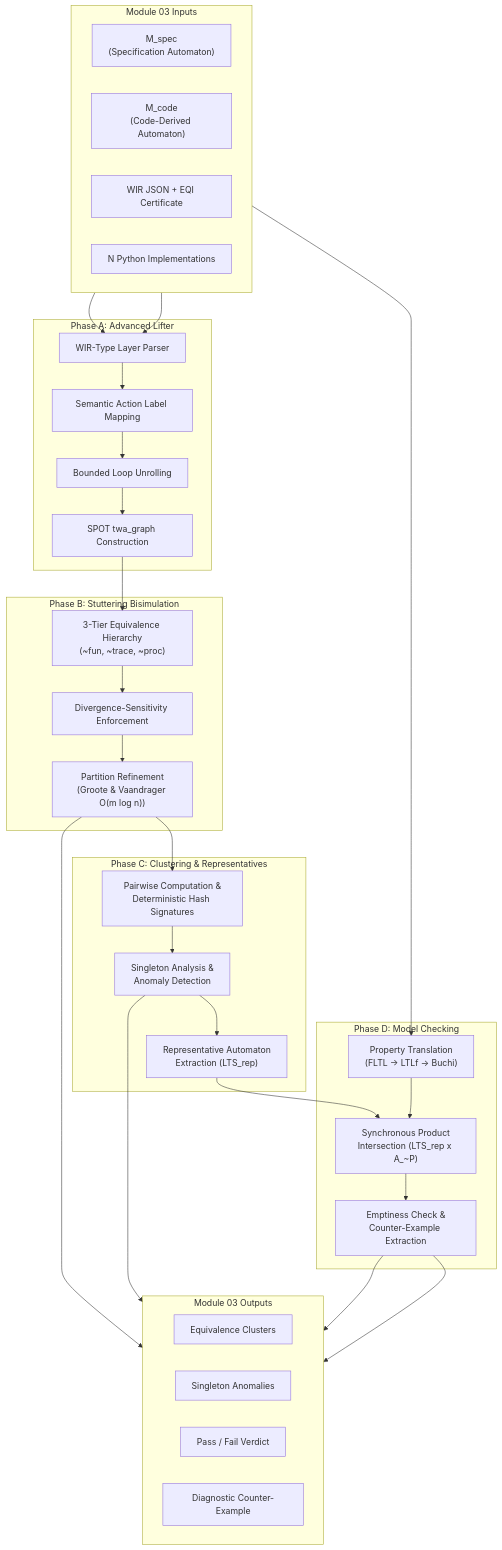
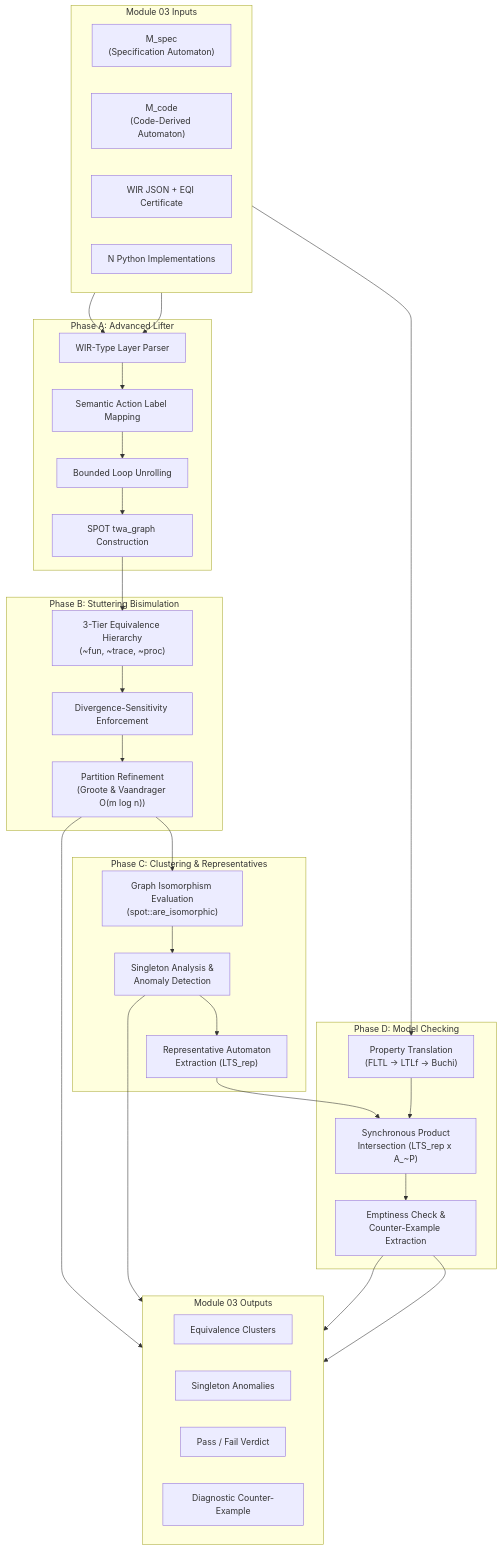
One commit to FYP-Epsilon/Vibe-Check changed the first of 6 diagrams in docs/module_summery/Module_03_Equivalence_Engine.md. Above: the diagram before and after it, drawn with Mermaid. The commit also changed other lines of this file and 3 other files, not shown here.

````diff
--- a/docs/module_summery/Module_03_Equivalence_Engine.md
+++ b/docs/module_summery/Module_03_Equivalence_Engine.md
@@ -64,55 +68,56 @@
 ```mermaid
 flowchart TB
     subgraph INPUTS["Module 03 Inputs"]
         direction LR
         MSPEC["M_spec<br/>(Specification Automaton)"]
         MCODE["M_code<br/>(Code-Derived Automaton)"]
         WIR["WIR JSON + EQI Certificate"]
         IMPLS["N Python Implementations"]
     end
 
     subgraph PHASE_A["Phase A: Advanced Lifter"]
         A1["WIR-Type Layer Parser"]
         A2["Semantic Action Label Mapping"]
         A3["Bounded Loop Unrolling"]
         A4["SPOT twa_graph Construction"]
     end
 
     subgraph PHASE_B["Phase B: Stuttering Bisimulation"]
         B1["3-Tier Equivalence Hierarchy<br/>(~fun, ~trace, ~proc)"]
         B2["Divergence-Sensitivity Enforcement"]
         B3["Partition Refinement<br/>(Groote & Vaandrager O(m log n))"]
     end
 
     subgraph PHASE_C["Phase C: Clustering & Representatives"]
-        C1["Pairwise Computation &<br/>Deterministic Hash Signatures"]
+        C1["Graph Isomorphism Evaluation<br/>(spot::are_isomorphic)"]
         C2["Singleton Analysis &<br/>Anomaly Detection"]
         C3["Representative Automaton<br/>Extraction (LTS_rep)"]
     end
 
     subgraph PHASE_D["Phase D: Model Checking"]
         D1["Property Translation<br/>(FLTL → LTLf → Buchi)"]
         D2["Synchronous Product<br/>Intersection (LTS_rep x A_~P)"]
         D3["Emptiness Check &<br/>Counter-Example Extraction"]
     end
 
     subgraph OUTPUTS["Module 03 Outputs"]
         direction LR
         CLUSTERS["Equivalence Clusters"]
         SINGLES["Singleton Anomalies"]
         VERDICT["Pass / Fail Verdict"]
         DIAG["Diagnostic Counter-Example"]
     end
 
     WIR --> A1 --> A2 --> A3 --> A4
     IMPLS --> A1
     A4 --> B1 --> B2 --> B3
     B3 --> C1 --> C2 --> C3
     MSPEC --> D1
     C3 --> D2
     D1 --> D2 --> D3
     B3 --> CLUSTERS
     C2 --> SINGLES
     D3 --> VERDICT
     D3 --> DIAG
+
 ```
````
